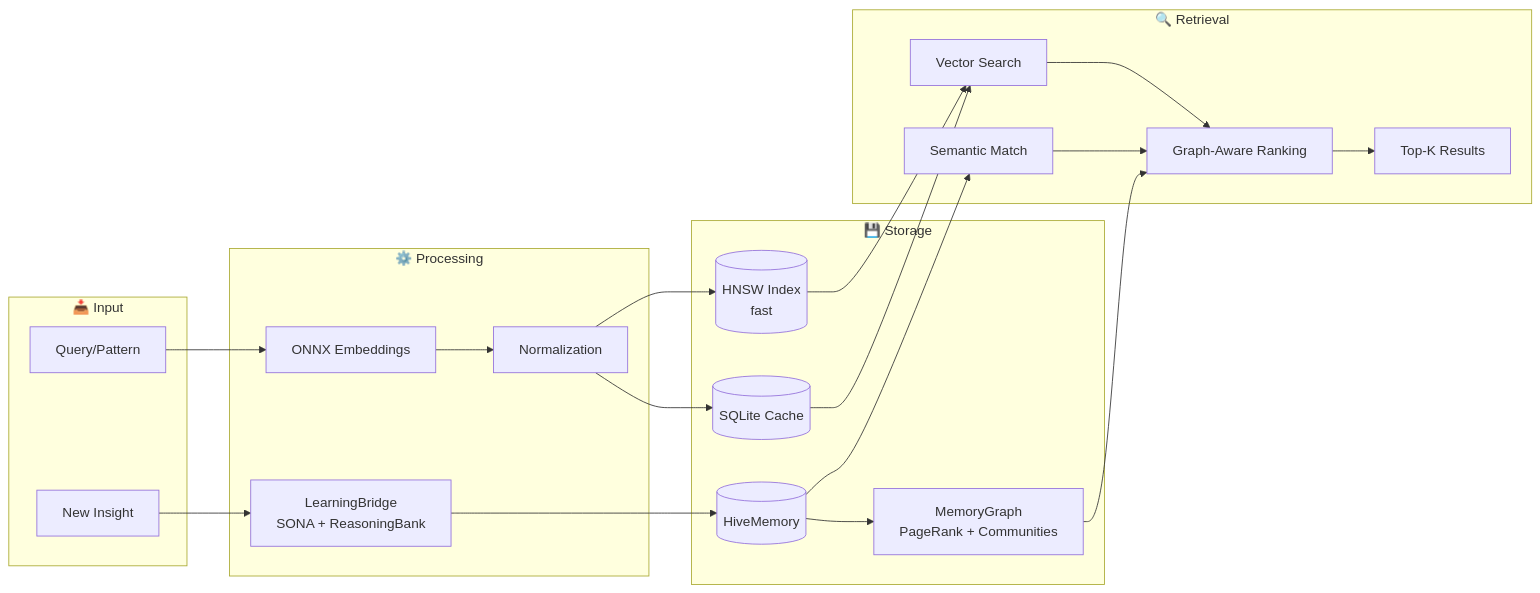
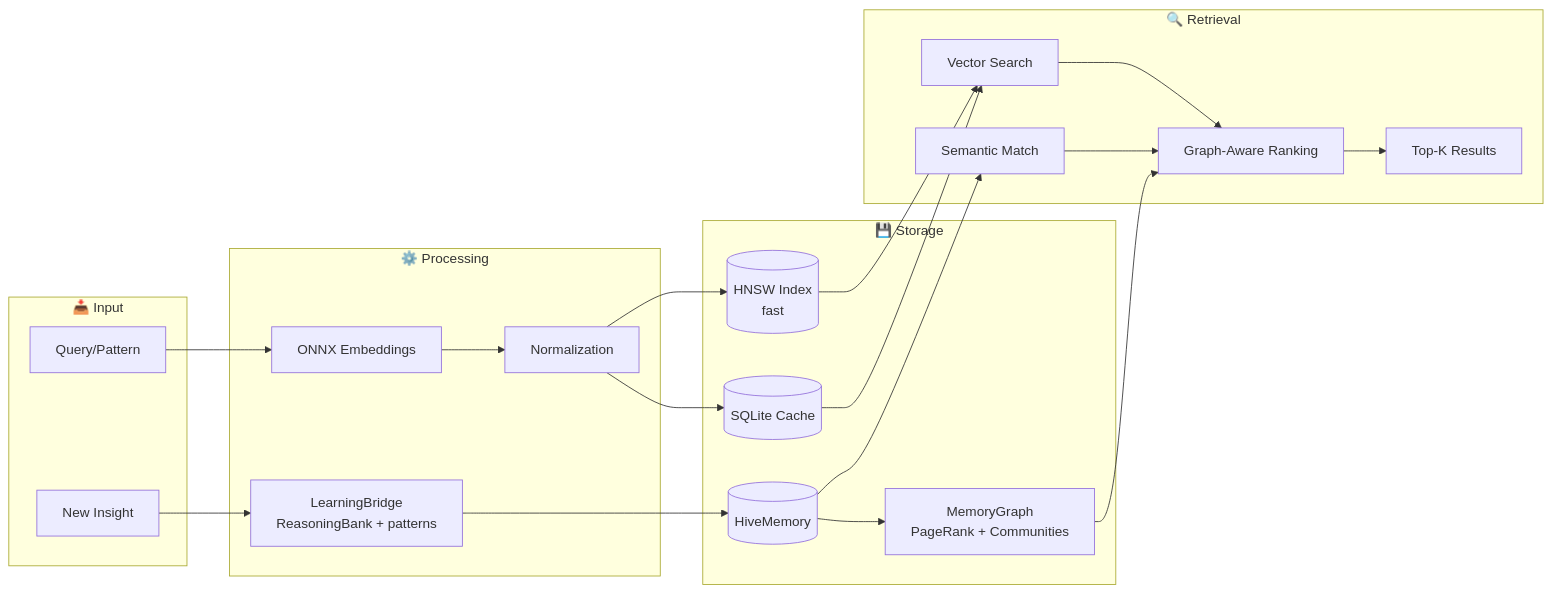
Before and after one commit to hypnwtykvmpr/hive-flow: the fourth of 6 diagrams in v3/@hive-flow/cli/README.md, drawn with Mermaid. The commit also changed other lines of this file and 15 other files, not shown here.

````diff
--- a/v3/@hive-flow/cli/README.md
+++ b/v3/@hive-flow/cli/README.md
@@ -942,42 +940,42 @@
 ```mermaid
 flowchart LR
     subgraph Input["📥 Input"]
         Query[Query/Pattern]
         Insight[New Insight]
     end
 
     subgraph Processing["⚙️ Processing"]
         Embed[ONNX Embeddings]
         Normalize[Normalization]
-        Learn[LearningBridge<br/>SONA + ReasoningBank]
+        Learn[LearningBridge<br/>ReasoningBank + patterns]
     end
 
     subgraph Storage["💾 Storage"]
         HNSW[(HNSW Index<br/>fast)]
         SQLite[(SQLite Cache)]
         HiveMemory[(HiveMemory)]
         Graph[MemoryGraph<br/>PageRank + Communities]
     end
 
     subgraph Retrieval["🔍 Retrieval"]
         Vector[Vector Search]
         Semantic[Semantic Match]
         Rank[Graph-Aware Ranking]
         Results[Top-K Results]
     end
 
     Query --> Embed
     Embed --> Normalize
     Normalize --> HNSW
     Normalize --> SQLite
     Insight --> Learn
     Learn --> HiveMemory
     HiveMemory --> Graph
     HNSW --> Vector
     SQLite --> Vector
     HiveMemory --> Semantic
     Vector --> Rank
     Semantic --> Rank
     Graph --> Rank
     Rank --> Results
 ```
````
